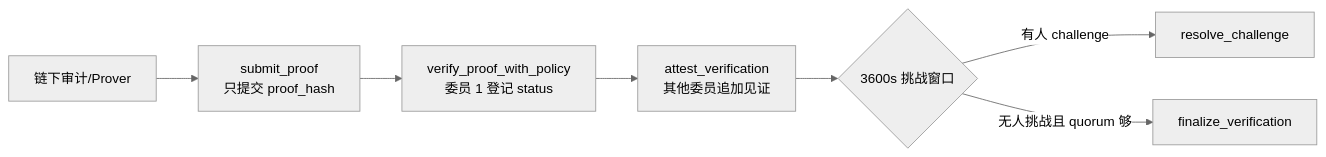
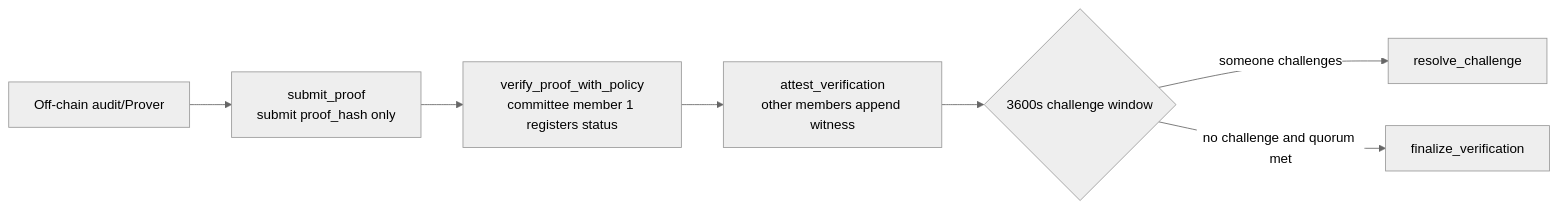
Before and after one commit to bamaao/x-market: the first of 2 diagrams in docs/slash-and-attestation.md, drawn with Mermaid (neutral theme). The commit also changed other lines of this file and 93 other files, not shown here.

````diff
--- a/docs/slash-and-attestation.md
+++ b/docs/slash-and-attestation.md
@@ -62,9 +64,9 @@
 ```mermaid
 flowchart LR
-    A[链下审计/Prover] --> B["submit_proof<br/>只提交 proof_hash"]
-    B --> C["verify_proof_with_policy<br/>委员 1 登记 status"]
-    C --> D["attest_verification<br/>其他委员追加见证"]
-    D --> E{3600s 挑战窗口}
-    E -->|有人 challenge| F[resolve_challenge]
-    E -->|无人挑战且 quorum 够| G[finalize_verification]
+    A[Off-chain audit/Prover] --> B["submit_proof<br/>submit proof_hash only"]
+    B --> C["verify_proof_with_policy<br/>committee member 1 registers status"]
+    C --> D["attest_verification<br/>other members append witness"]
+    D --> E{3600s challenge window}
+    E -->|someone challenges| F[resolve_challenge]
+    E -->|no challenge and quorum met| G[finalize_verification]
 ```
````
